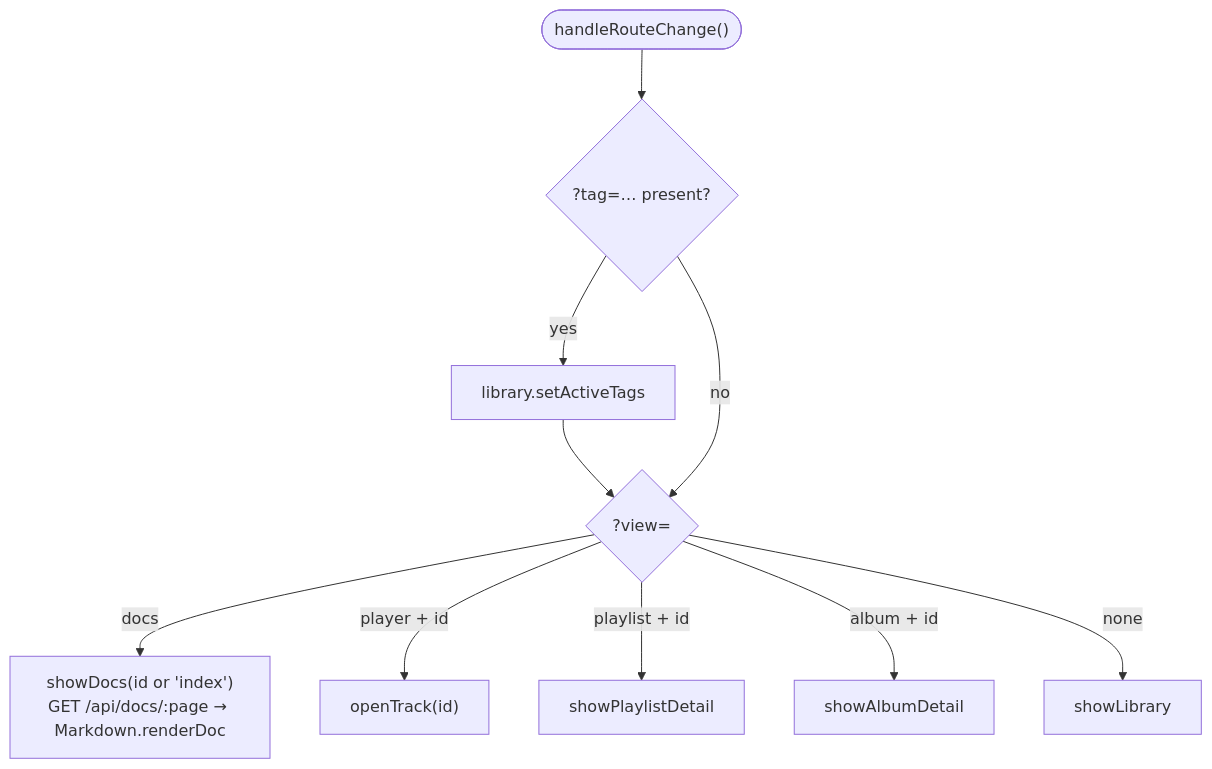
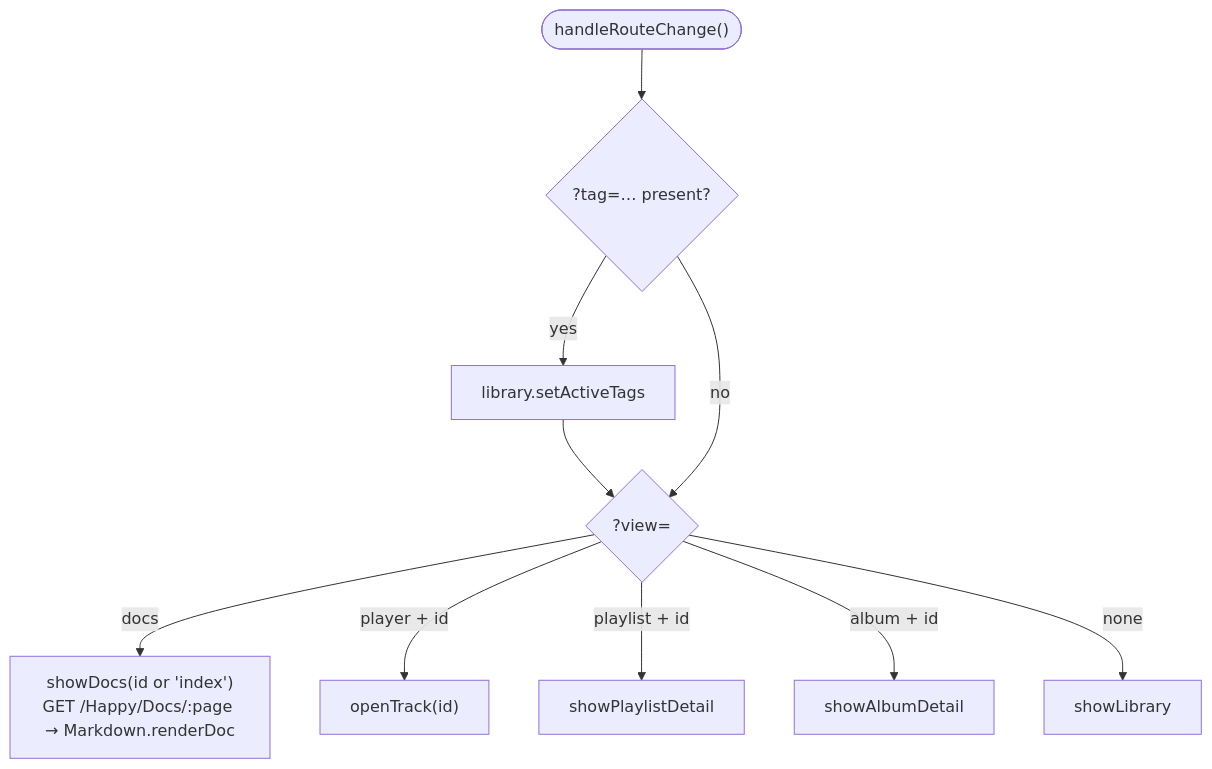
Before and after one commit to lumbar-spine-support/docker-haptic-player: the third of 5 diagrams in docs/developer/client.md, drawn with Mermaid. The commit also changed other lines of this file and 219 other files, not shown here.

````diff
--- a/docs/developer/client.md
+++ b/docs/developer/client.md
@@ -105,11 +150,11 @@
 ```mermaid
 flowchart TD
   R(["handleRouteChange()"]) --> Tags{"?tag=… present?"}
   Tags -- yes --> SetTags["library.setActiveTags"] --> V
   Tags -- no --> V{"?view="}
-  V -- docs --> Docs["showDocs(id or 'index')<br/>GET /api/docs/:page → Markdown.renderDoc"]
+  V -- docs --> Docs["showDocs(id or 'index')<br/>GET /Happy/Docs/:page → Markdown.renderDoc"]
   V -- "player + id" --> Track["openTrack(id)"]
   V -- "playlist + id" --> PL["showPlaylistDetail"]
   V -- "album + id" --> AL["showAlbumDetail"]
   V -- "none" --> LibV["showLibrary"]
 ```
````
